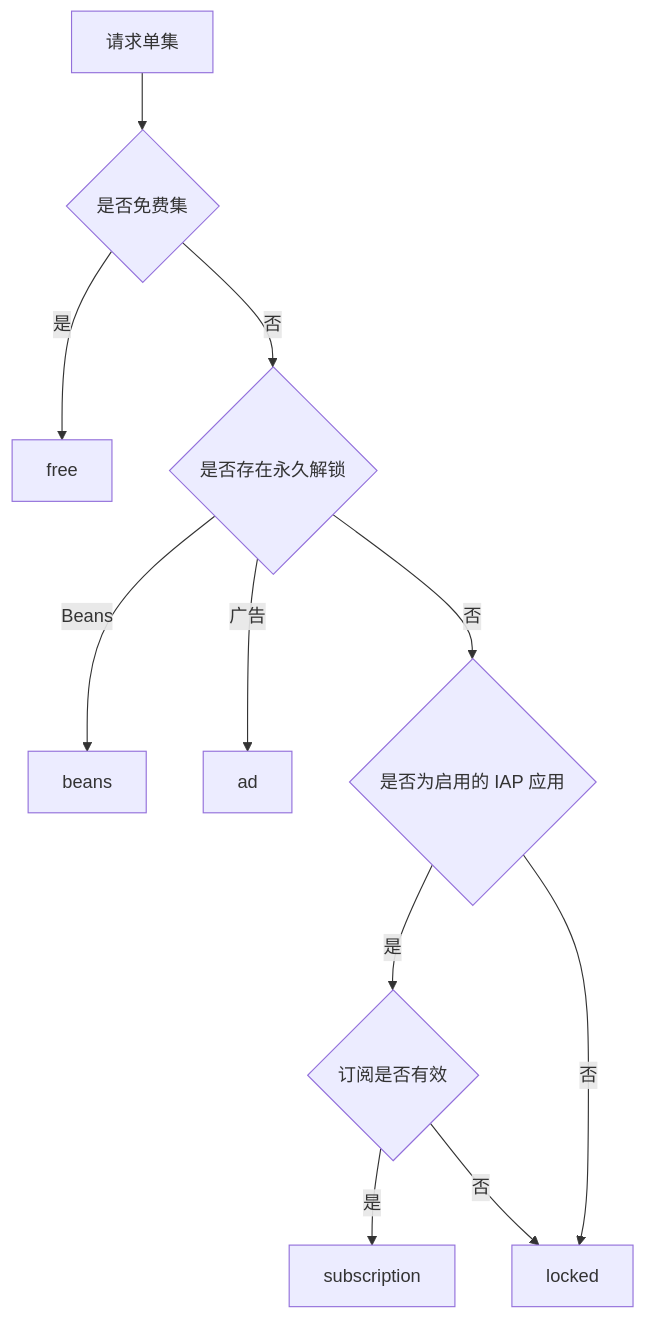
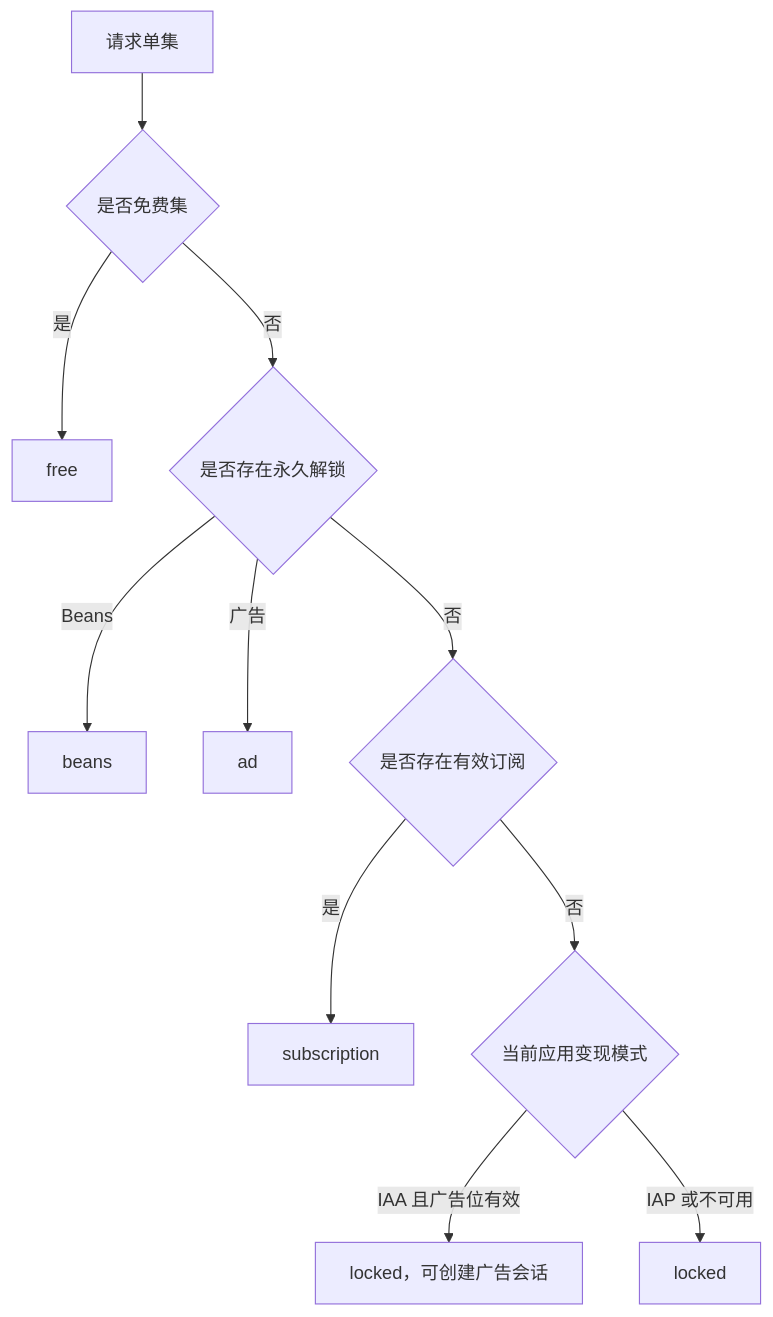
The second of 3 diagrams in admin-Base/backend/ARCHITECTURE.md (xuqingyang1212-arch/TikTok-Mini-Dramas), drawn with Mermaid before and after one commit. The commit also changed other lines of this file and 11 other files, not shown here.

````diff
--- a/admin-Base/backend/ARCHITECTURE.md
+++ b/admin-Base/backend/ARCHITECTURE.md
@@ -111,13 +111,13 @@
 ```mermaid
 flowchart TD
     R[请求单集] --> F{是否免费集}
     F -->|是| Free[free]
     F -->|否| U{是否存在永久解锁}
     U -->|Beans| Beans[beans]
     U -->|广告| Ad[ad]
-    U -->|否| M{是否为启用的 IAP 应用}
-    M -->|是| S{订阅是否有效}
+    U -->|否| S{是否存在有效订阅}
     S -->|是| Sub[subscription]
-    S -->|否| Locked[locked]
-    M -->|否| Locked
+    S -->|否| M{当前应用变现模式}
+    M -->|IAA 且广告位有效| AdEntry[locked，可创建广告会话]
+    M -->|IAP 或不可用| Locked[locked]
 ```
````
